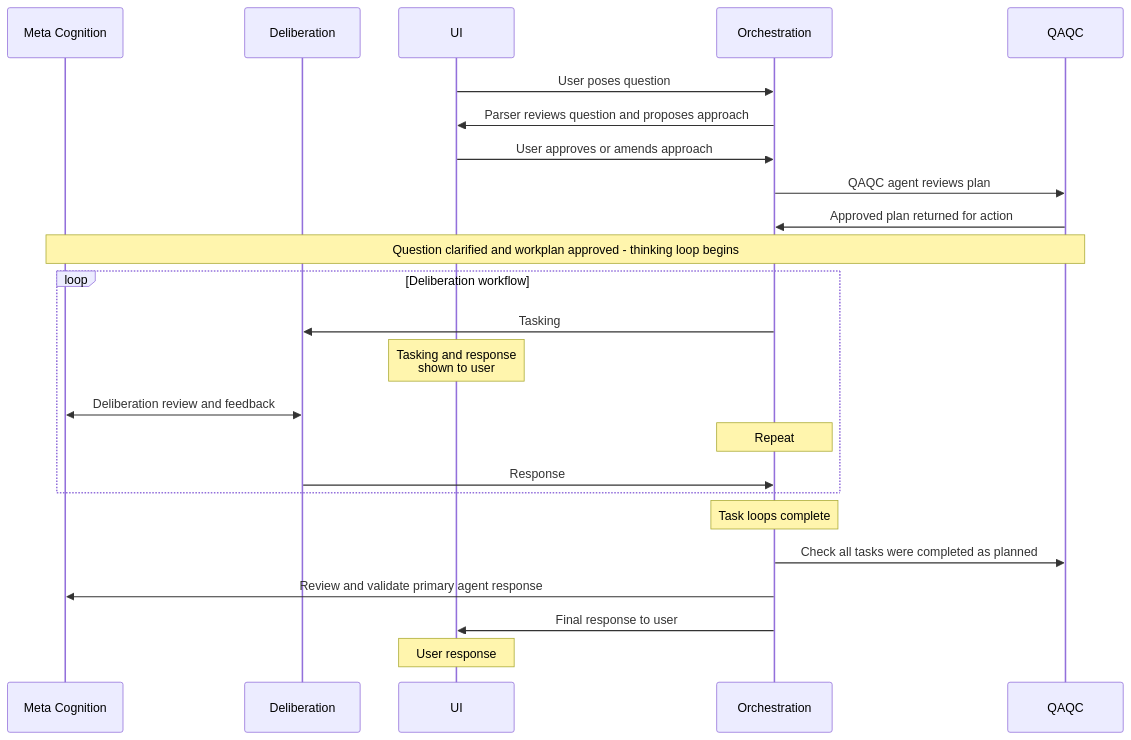
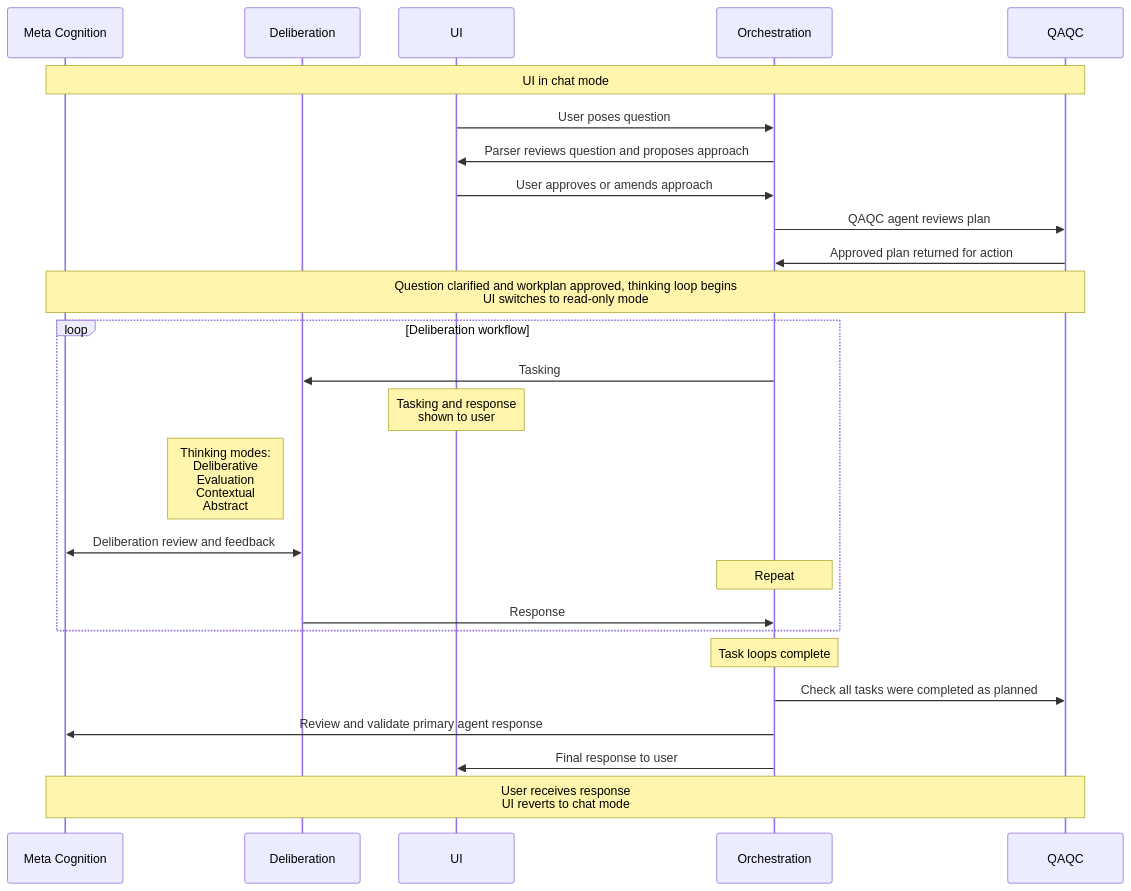
One commit to agsheves/norwegian-feint changed the diagram in README.md. Above: the diagram before and after it, drawn with Mermaid.

Commit message:
Docs: Refined flowchart in README.md

````diff
--- a/README.md
+++ b/README.md
@@ -3,28 +3,29 @@
 ```mermaid
 sequenceDiagram
     participant validate as Meta Cognition
     participant think as Deliberation
     participant ui as UI
     participant manage as Orchestration
     participant qaqc as QAQC
-
+    note over validate,qaqc: UI in chat mode
     ui->>manage: User poses question
     manage->>ui: Parser reviews question and proposes approach
     ui->>manage: User approves or amends approach
     manage->>qaqc: QAQC agent reviews plan
     qaqc->>manage: Approved plan returned for action
-    Note over validate,qaqc: Question clarified and workplan approved - thinking loop begins
+    Note over validate,qaqc: Question clarified and workplan approved, thinking loop begins<br/>UI switches to read-only mode
     loop Deliberation workflow
       manage->>think: Tasking
       Note over ui: Tasking and response<br/>shown to user
+      Note left of think: Thinking modes:<br/>Deliberative<br/>Evaluation<br/>Contextual<br/>Abstract
       think<<->>validate: Deliberation review and feedback
       Note over manage: Repeat
       think->>manage: Response
     end
     Note over manage: Task loops complete
     manage->>qaqc: Check all tasks were completed as planned
     manage->>validate: Review and validate primary agent response
     manage->>ui: Final response to user
-    note over ui: User response
+    note over validate,qaqc: User receives response<br/>UI reverts to chat mode
 
 ```
````
